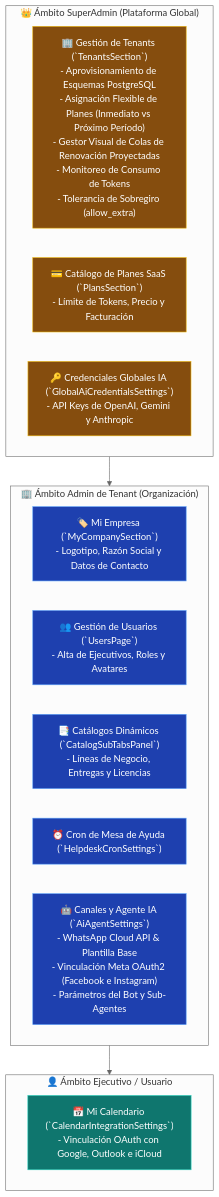
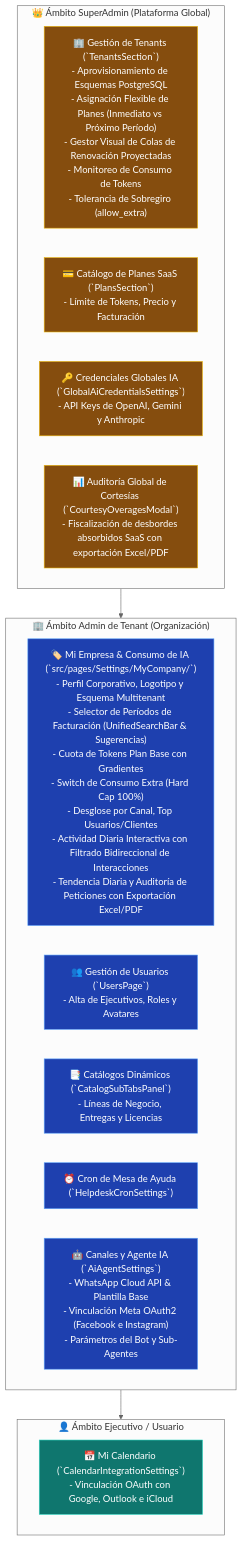
The diagram in Proyectos/CRM TIBS - Centro de Configuracion, Tenants & Roles.md (DesarrolloTibs/crm-tibs-app), drawn with Mermaid (neutral theme) before and after one commit. The commit also changed other lines of this file and 30 other files, not shown here.

````diff
--- a/Proyectos/CRM TIBS - Centro de Configuracion, Tenants & Roles.md
+++ b/Proyectos/CRM TIBS - Centro de Configuracion, Tenants & Roles.md
@@ -22,31 +25,32 @@
 ```mermaid
 graph TD
     subgraph AmbitoSuperAdmin ["👑 Ámbito SuperAdmin (Plataforma Global)"]
         Tenants["🏢 Gestión de Tenants (`TenantsSection`)<br/>- Aprovisionamiento de Esquemas PostgreSQL<br/>- Asignación Flexible de Planes (Inmediato vs Próximo Período)<br/>- Gestor Visual de Colas de Renovación Proyectadas<br/>- Monitoreo de Consumo de Tokens<br/>- Tolerancia de Sobregiro (allow_extra)"]
         Plans["💳 Catálogo de Planes SaaS (`PlansSection`)<br/>- Límite de Tokens, Precio y Facturación"]
         AICreds["🔑 Credenciales Globales IA (`GlobalAiCredentialsSettings`)<br/>- API Keys de OpenAI, Gemini y Anthropic"]
+        GlobalAudit["📊 Auditoría Global de Cortesías (`CourtesyOveragesModal`)<br/>- Fiscalización de desbordes absorbidos SaaS con exportación Excel/PDF"]
     end
 
     subgraph AmbitoAdmin ["🏢 Ámbito Admin de Tenant (Organización)"]
-        Company["🏷️ Mi Empresa (`MyCompanySection`)<br/>- Logotipo, Razón Social y Datos de Contacto"]
+        Company["🏷️ Mi Empresa & Consumo de IA (`src/pages/Settings/MyCompany/`)<br/>- Perfil Corporativo, Logotipo y Esquema Multitenant<br/>- Selector de Períodos de Facturación (UnifiedSearchBar & Sugerencias)<br/>- Cuota de Tokens Plan Base con Gradientes<br/>- Switch de Consumo Extra (Hard Cap 100%)<br/>- Desglose por Canal, Top Usuarios/Clientes<br/>- Actividad Diaria Interactiva con Filtrado Bidireccional de Interacciones<br/>- Tendencia Diaria y Auditoría de Peticiones con Exportación Excel/PDF"]
         Users["👥 Gestión de Usuarios (`UsersPage`)<br/>- Alta de Ejecutivos, Roles y Avatares"]
         Catalogs["📑 Catálogos Dinámicos (`CatalogSubTabsPanel`)<br/>- Líneas de Negocio, Entregas y Licencias"]
         CronSLA["⏰ Cron de Mesa de Ayuda (`HelpdeskCronSettings`)"]
         BotConfig["🤖 Canales y Agente IA (`AiAgentSettings`)<br/>- WhatsApp Cloud API & Plantilla Base<br/>- Vinculación Meta OAuth2 (Facebook e Instagram)<br/>- Parámetros del Bot y Sub-Agentes"]
     end
 
     subgraph AmbitoPersonal ["👤 Ámbito Ejecutivo / Usuario"]
         MyCal["📅 Mi Calendario (`CalendarIntegrationSettings`)<br/>- Vinculación OAuth con Google, Outlook e iCloud"]
     end
 
     AmbitoSuperAdmin --> AmbitoAdmin
     AmbitoAdmin --> AmbitoPersonal
 
     classDef sa fill:#854d0e,stroke:#eab308,color:#fff;
     classDef adm fill:#1e40af,stroke:#60a5fa,color:#fff;
     classDef usr fill:#0f766e,stroke:#2dd4bf,color:#fff;
 
-    class Tenants,Plans,AICreds sa;
+    class Tenants,Plans,AICreds,GlobalAudit sa;
     class Company,Users,Catalogs,CronSLA,BotConfig adm;
     class MyCal usr;
 ```
````
